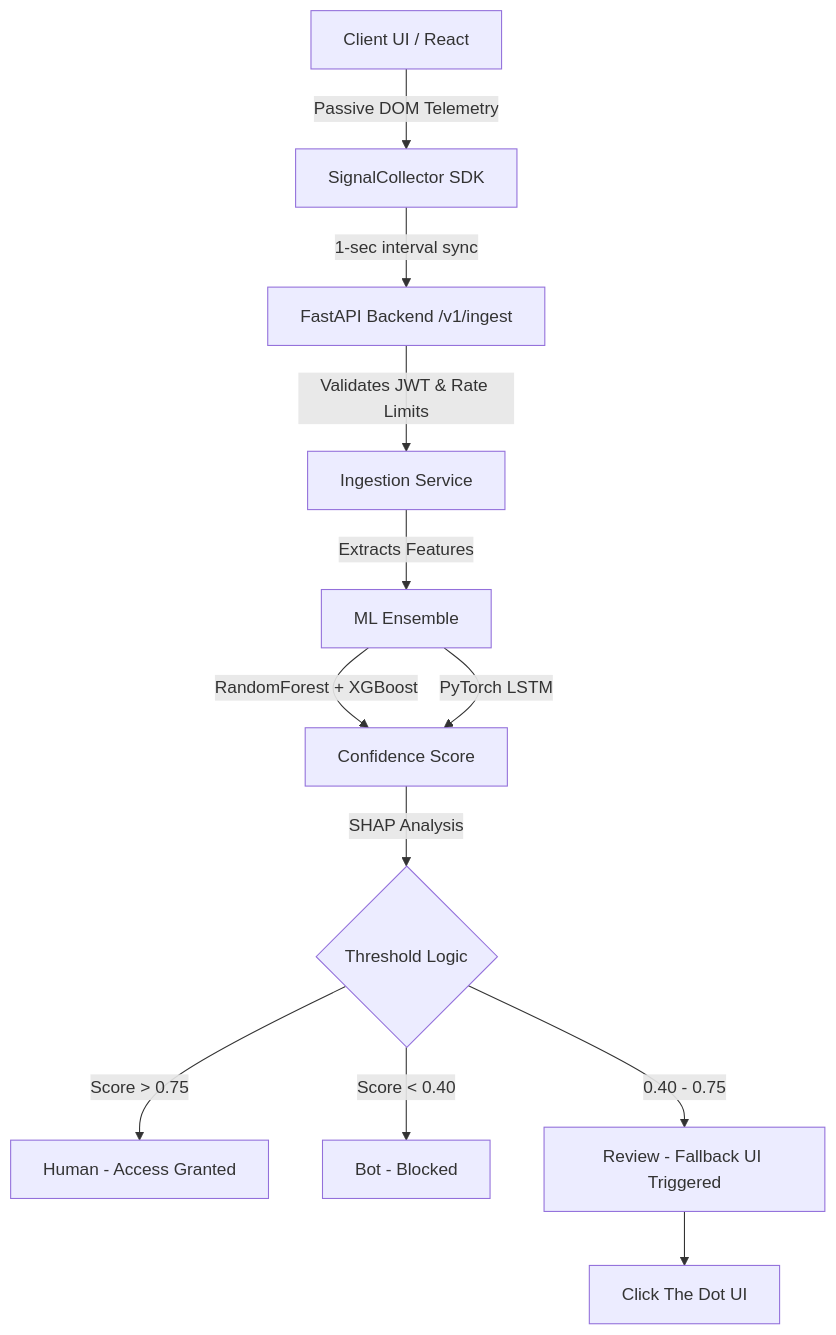
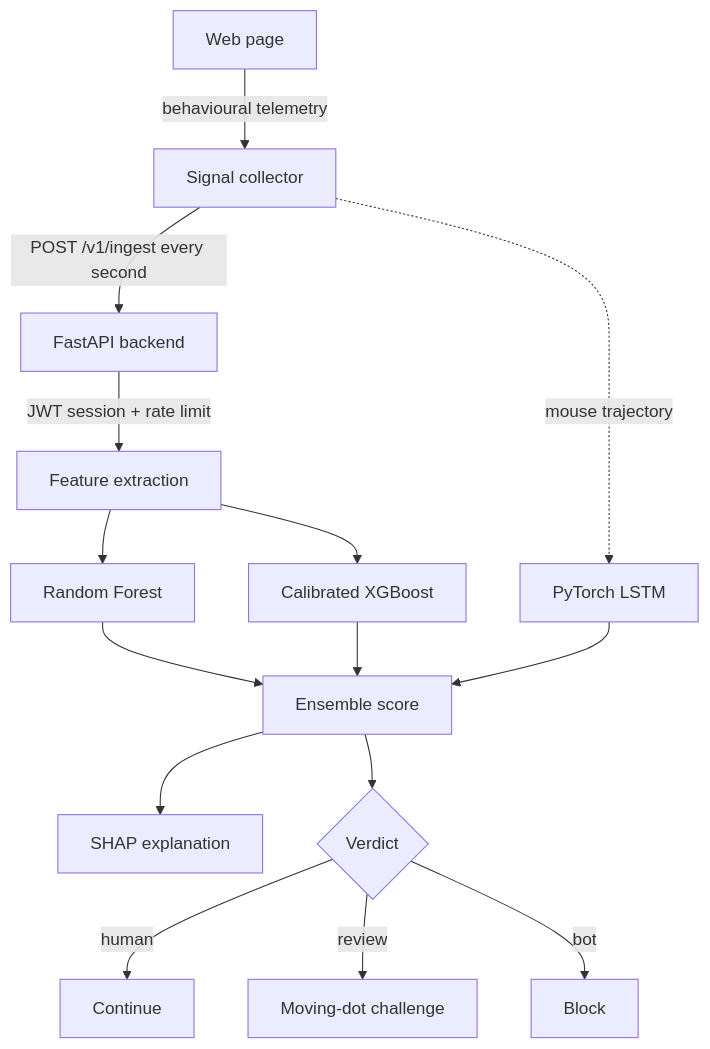
One commit to skdas20/PassiveCaptcha changed the diagram in README.md. Above: the diagram before and after it, drawn with Mermaid. The commit also changed other lines of this file and 13 other files, not shown here.

````diff
--- a/README.md
+++ b/README.md
@@ -46,14 +42,17 @@
 ```mermaid
 graph TD;
-    Client[Client UI / React] -->|Passive DOM Telemetry| SDK[SignalCollector SDK];
-    SDK -->|1-sec interval sync| API[FastAPI Backend /v1/ingest];
-    API -->|Validates JWT & Rate Limits| Server[Ingestion Service];
-    Server -->|Extracts Features| ML[ML Ensemble];
-    ML -->|RandomForest + XGBoost| Score[Confidence Score];
-    ML -->|PyTorch LSTM| Score;
-    Score -->|SHAP Analysis| Result{Threshold Logic};
-    Result -->|Score > 0.75| H[Human - Access Granted];
-    Result -->|Score < 0.40| B[Bot - Blocked];
-    Result -->|0.40 - 0.75| R[Review - Fallback UI Triggered];
-    R --> Challenge[Click The Dot UI];
+    Client[Web page] -->|behavioural telemetry| SDK[Signal collector];
+    SDK -->|POST /v1/ingest every second| API[FastAPI backend];
+    API -->|JWT session + rate limit| FE[Feature extraction];
+    FE --> RF[Random Forest];
+    FE --> XGB[Calibrated XGBoost];
+    SDK -.->|mouse trajectory| LSTM[PyTorch LSTM];
+    RF --> ENS[Ensemble score];
+    XGB --> ENS;
+    LSTM --> ENS;
+    ENS --> SHAP[SHAP explanation];
+    ENS --> V{Verdict};
+    V -->|human| OK[Continue];
+    V -->|review| CH[Moving-dot challenge];
+    V -->|bot| NO[Block];
 ```
````
